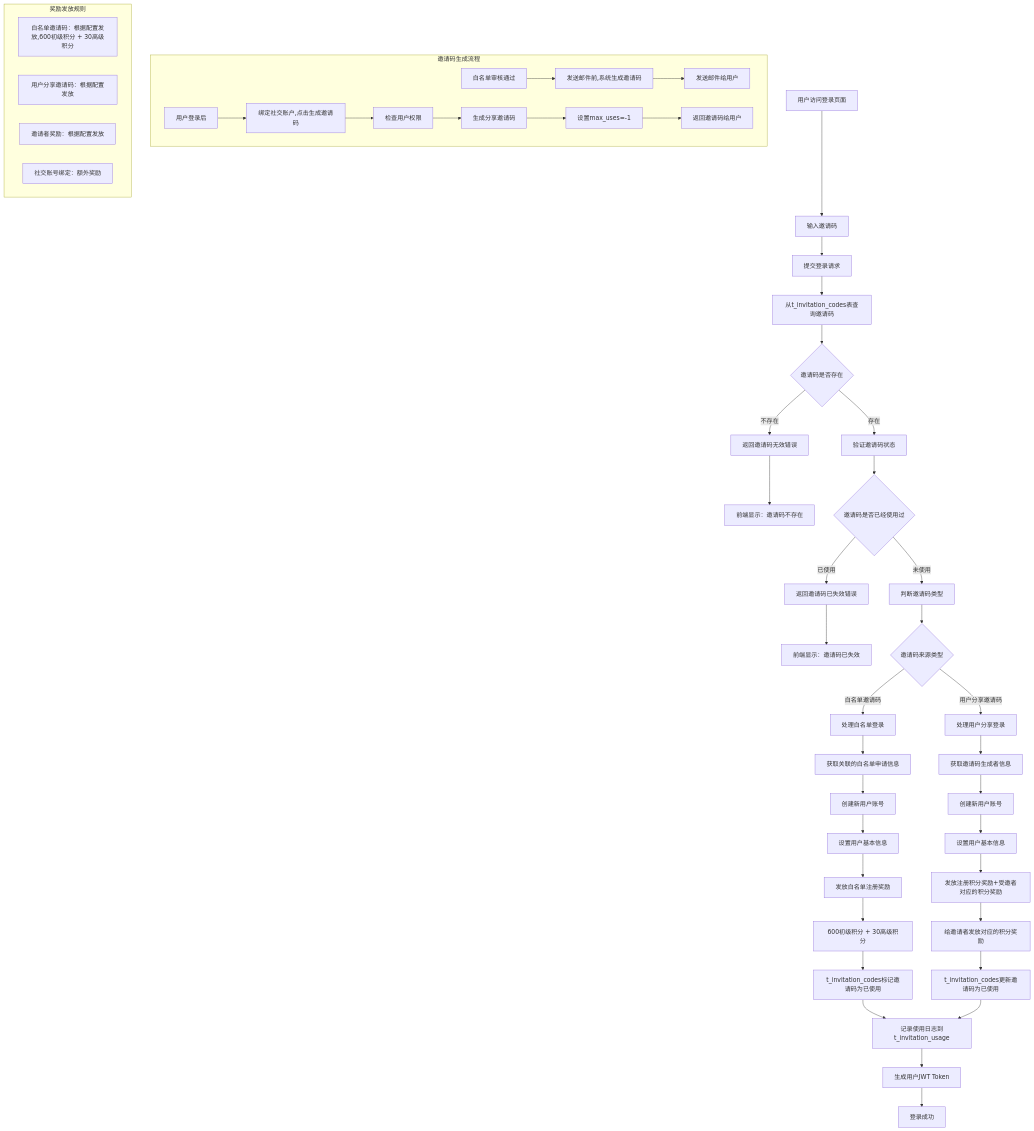
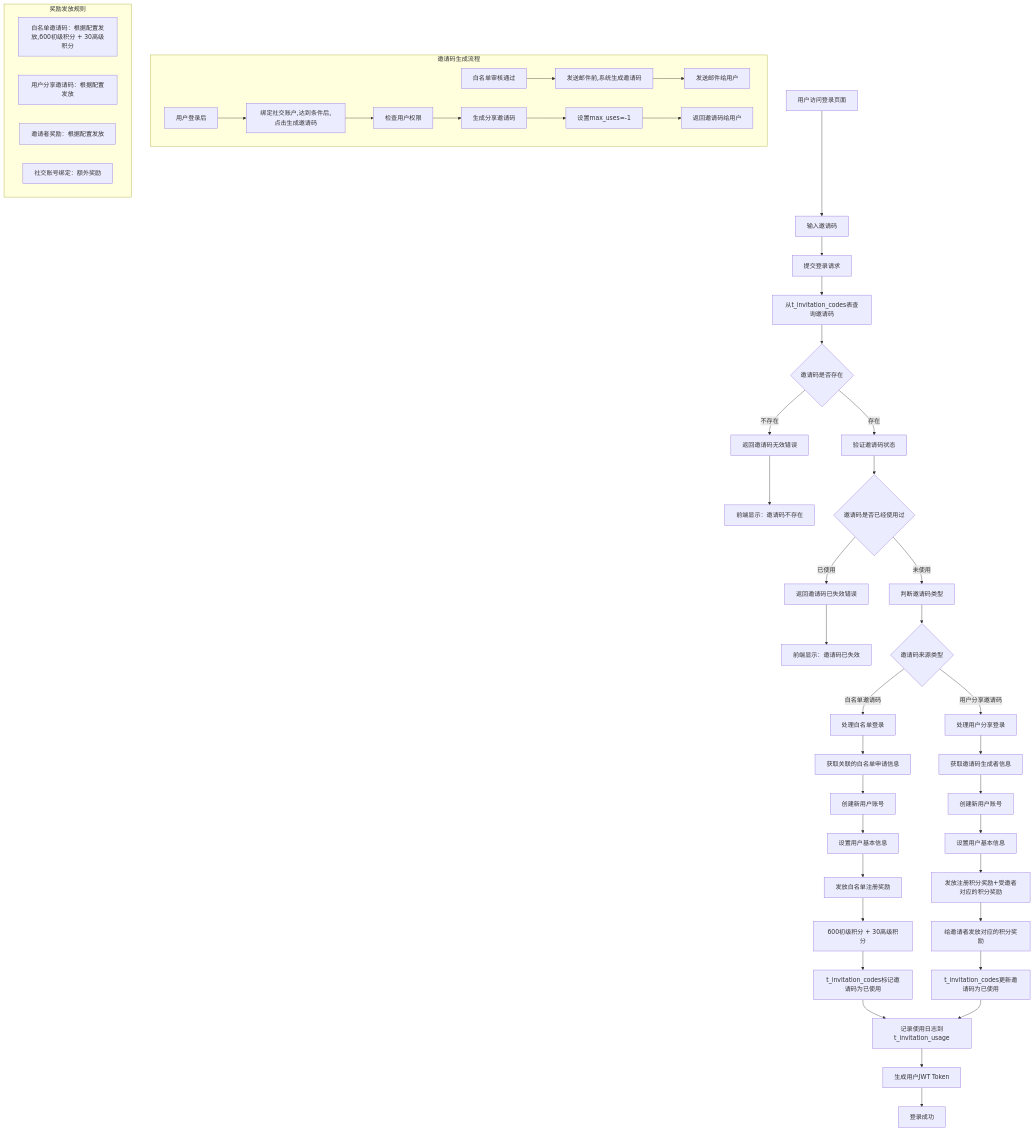
Before and after one commit to yingjianzh/iodraw-files: the diagram in all/未命名-71.md, drawn with Mermaid.

Commit message:
2025-07-03 14:09:51 update

````diff
--- a/all/未命名-71.md
+++ b/all/未命名-71.md
@@ -1,58 +1,58 @@
 ```mermaid
 flowchart TD
     A[用户访问登录页面] --> B[输入邀请码]
     B --> E[提交登录请求]
     E --> H[从t_invitation_codes表查询邀请码]
     H --> I{邀请码是否存在}
     I -->|不存在| J[返回邀请码无效错误]
     J --> K[前端显示：邀请码不存在]
     
     I -->|存在| L[验证邀请码状态]
     L --> M{邀请码是否已经使用过}
     M -->|已使用| N[返回邀请码已失效错误]
     N --> O[前端显示：邀请码已失效]
     
     M -->|未使用| X[判断邀请码类型]
     X --> Y{邀请码来源类型}
     
     Y -->|白名单邀请码| Z[处理白名单登录]
     Z --> Z1[获取关联的白名单申请信息]
     Z1 --> Z2[创建新用户账号]
     Z2 --> Z3[设置用户基本信息]
     Z3 --> Z4[发放白名单注册奖励]
     Z4 --> Z5[600初级积分 + 30高级积分]
     Z5 --> Z6[t_invitation_codes标记邀请码为已使用]
     Z6 --> AA[记录使用日志到t_invitation_usage]
     
     Y -->|用户分享邀请码| BB[处理用户分享登录]
     BB --> BB1[获取邀请码生成者信息]
     BB1 --> BB2[创建新用户账号]
     BB2 --> BB3[设置用户基本信息]
     BB3 --> BB4[发放注册积分奖励+受邀者对应的积分奖励]
     BB4 --> BB5[给邀请者发放对应的积分奖励]
     BB5 --> BB6[t_invitation_codes更新邀请码为已使用]
     BB6 --> AA
     
     AA --> CC[生成用户JWT Token]
     CC --> DD[登录成功]
     
 
     subgraph "邀请码生成流程"
         IG1[白名单审核通过] --> IG2[发送邮件前,系统生成邀请码]
         IG2 --> IG5[发送邮件给用户]
         
-        UG1[用户登录后] --> UG2[绑定社交账户,点击生成邀请码]
+        UG1[用户登录后] --> UG2[绑定社交账户,达到条件后,点击生成邀请码]
         UG2 --> UG3[检查用户权限]
         UG3 --> UG4[生成分享邀请码]
         UG4 --> UG5[设置max_uses=-1]
         UG5 --> UG6[返回邀请码给用户]
     end
     
     subgraph "奖励发放规则"
         R1[白名单邀请码：根据配置发放,600初级积分 + 30高级积分]
         R2[用户分享邀请码：根据配置发放]
         R3[邀请者奖励：根据配置发放]
         R4[社交账号绑定：额外奖励]
     end
   
 ```
````
